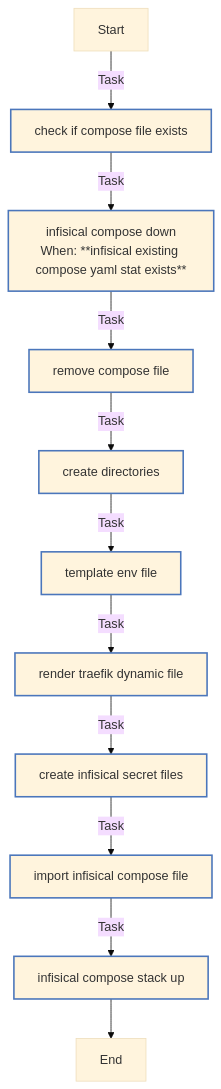
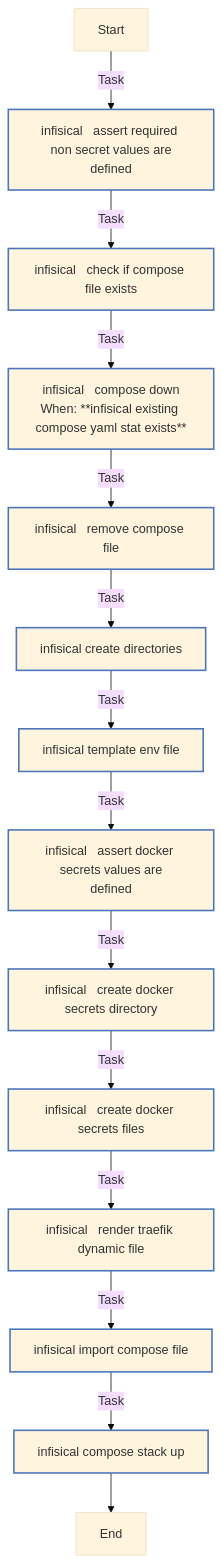
The diagram in ansible/roles/infisical/README.md (Lebowski89/homelab), drawn with Mermaid (base theme) before and after one commit. The commit also changed other lines of this file and 2 other files, not shown here.

````diff
--- a/ansible/roles/infisical/README.md
+++ b/ansible/roles/infisical/README.md
@@ -86,23 +119,26 @@
 ```mermaid
 flowchart TD
 Start
 classDef block stroke:#3498db,stroke-width:2px;
 classDef task stroke:#4b76bb,stroke-width:2px;
 classDef includeTasks stroke:#16a085,stroke-width:2px;
 classDef importTasks stroke:#34495e,stroke-width:2px;
 classDef includeRole stroke:#2980b9,stroke-width:2px;
 classDef importRole stroke:#699ba7,stroke-width:2px;
 classDef includeVars stroke:#8e44ad,stroke-width:2px;
 classDef rescue stroke:#665352,stroke-width:2px;
 
-  Start-->|Task| Check_if_compose_file_exists0[check if compose file exists]:::task
-  Check_if_compose_file_exists0-->|Task| Infisical_compose_down1[infisical compose down<br>When: **infisical existing compose yaml stat exists**]:::task
-  Infisical_compose_down1-->|Task| Remove_compose_file2[remove compose file]:::task
-  Remove_compose_file2-->|Task| Create_directories3[create directories]:::task
-  Create_directories3-->|Task| Template_env_file4[template env file]:::task
-  Template_env_file4-->|Task| Render_Traefik_dynamic_file5[render traefik dynamic file]:::task
-  Render_Traefik_dynamic_file5-->|Task| Create_Infisical_secret_files6[create infisical secret files]:::task
-  Create_Infisical_secret_files6-->|Task| Import_Infisical_compose_file7[import infisical compose file]:::task
-  Import_Infisical_compose_file7-->|Task| Infisical_compose_stack_up8[infisical compose stack up]:::task
-  Infisical_compose_stack_up8-->End
+  Start-->|Task| Infisical___Assert_required_non_secret_values_are_defined0[infisical   assert required non secret values are<br>defined]:::task
+  Infisical___Assert_required_non_secret_values_are_defined0-->|Task| Infisical___Check_if_compose_file_exists1[infisical   check if compose file exists]:::task
+  Infisical___Check_if_compose_file_exists1-->|Task| Infisical___Compose_down2[infisical   compose down<br>When: **infisical existing compose yaml stat exists**]:::task
+  Infisical___Compose_down2-->|Task| Infisical___Remove_compose_file3[infisical   remove compose file]:::task
+  Infisical___Remove_compose_file3-->|Task| Infisical___Create_directories4[infisical   create directories]:::task
+  Infisical___Create_directories4-->|Task| Infisical___Template_env_file5[infisical   template env file]:::task
+  Infisical___Template_env_file5-->|Task| Infisical___Assert_Docker_secrets_values_are_defined6[infisical   assert docker secrets values are<br>defined]:::task
+  Infisical___Assert_Docker_secrets_values_are_defined6-->|Task| Infisical___Create_Docker_secrets_directory7[infisical   create docker secrets directory]:::task
+  Infisical___Create_Docker_secrets_directory7-->|Task| Infisical___Create_Docker_secrets_files8[infisical   create docker secrets files]:::task
+  Infisical___Create_Docker_secrets_files8-->|Task| Infisical___Render_Traefik_dynamic_file9[infisical   render traefik dynamic file]:::task
+  Infisical___Render_Traefik_dynamic_file9-->|Task| Infisical___Import_compose_file10[infisical   import compose file]:::task
+  Infisical___Import_compose_file10-->|Task| Infisical___Compose_stack_up11[infisical   compose stack up]:::task
+  Infisical___Compose_stack_up11-->End
 ```
````
